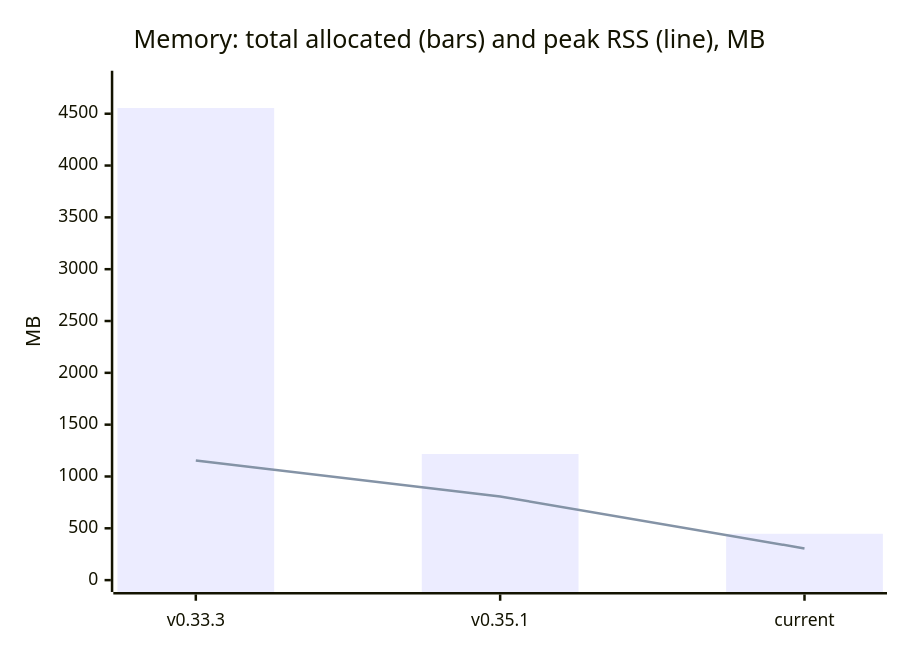
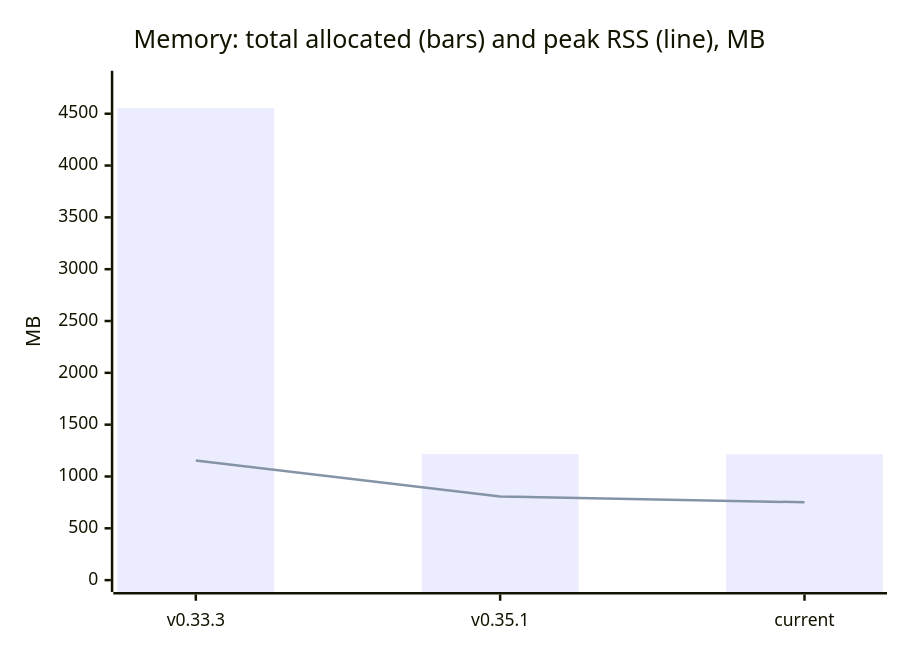
One commit to go-openapi/codescan changed the second of 5 diagrams in docs/doc-site/maintainers/performance.md. Above: the diagram before and after it, drawn with Mermaid. The commit also changed other lines of this file and 1 other file, not shown here.

````diff
--- a/docs/doc-site/maintainers/performance.md
+++ b/docs/doc-site/maintainers/performance.md
@@ -47,8 +47,8 @@
 ```mermaid
 xychart-beta
     title "Memory: total allocated (bars) and peak RSS (line), MB"
     x-axis ["v0.33.3", "v0.35.1", "current"]
     y-axis "MB" 0 --> 4800
-    bar [4555, 1217, 447]
-    line [1154, 807, 306]
+    bar [4555, 1217, 1215]
+    line [1154, 807, 751]
 ```
````
